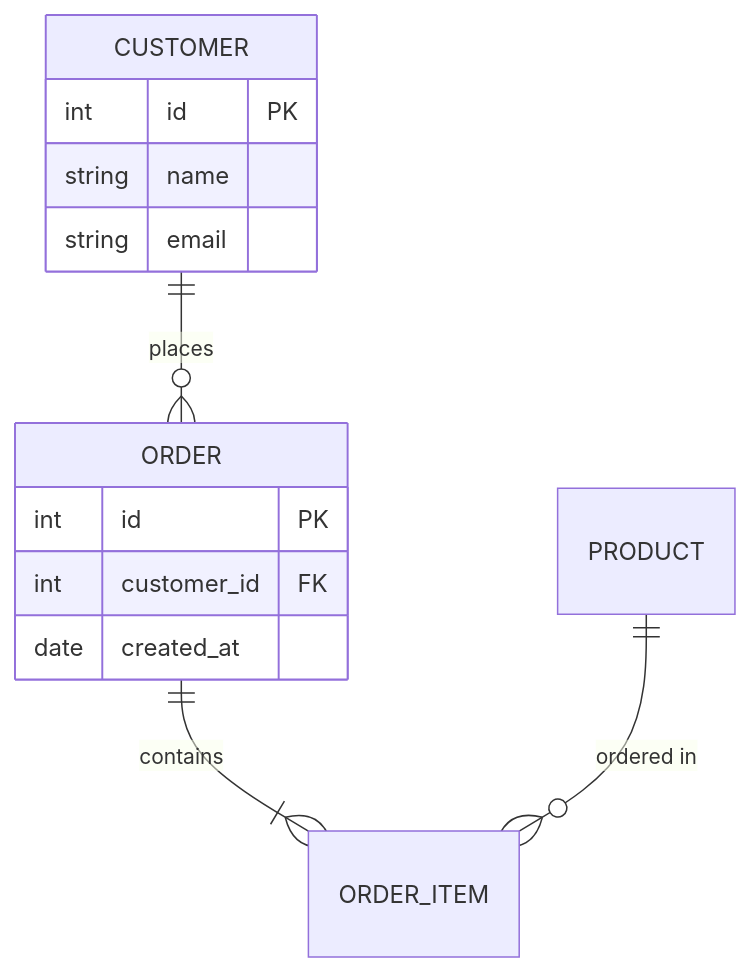
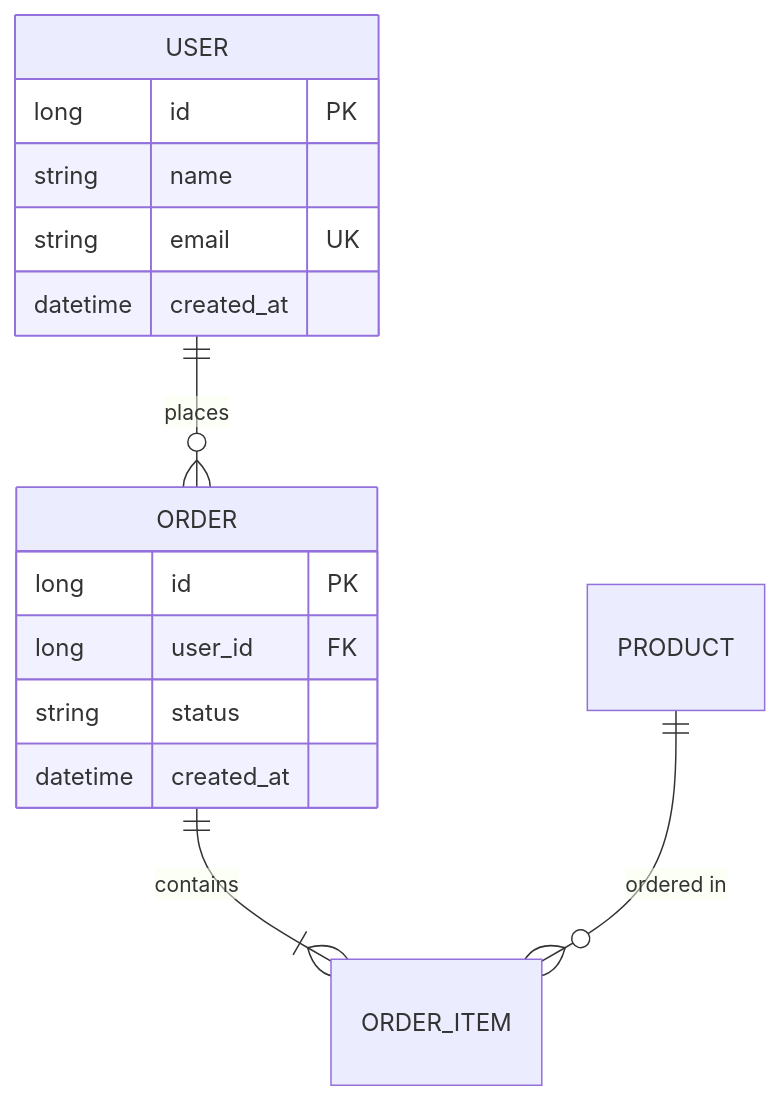
The eighth of 26 diagrams in .claude/skills/mermaid-diagram/SKILL.md (younwony/TIL), drawn with Mermaid before and after one commit. The commit also changed other lines of this file and 1 other file, not shown here.

Commit message:
docs: Mermaid 다이어그램 문서 확장 및 SVG 다이어그램 가이드 추가

````diff
--- a/.claude/skills/mermaid-diagram/SKILL.md
+++ b/.claude/skills/mermaid-diagram/SKILL.md
@@ -141,17 +304,20 @@
 ```mermaid
 erDiagram
-    CUSTOMER ||--o{ ORDER : places
+    USER ||--o{ ORDER : places
     ORDER ||--|{ ORDER_ITEM : contains
     PRODUCT ||--o{ ORDER_ITEM : "ordered in"
 
-    CUSTOMER {
-        int id PK
+    USER {
+        long id PK
         string name
-        string email
+        string email UK
+        datetime created_at
     }
+
     ORDER {
-        int id PK
-        int customer_id FK
-        date created_at
+        long id PK
+        long user_id FK
+        string status
+        datetime created_at
     }
 ```
````
